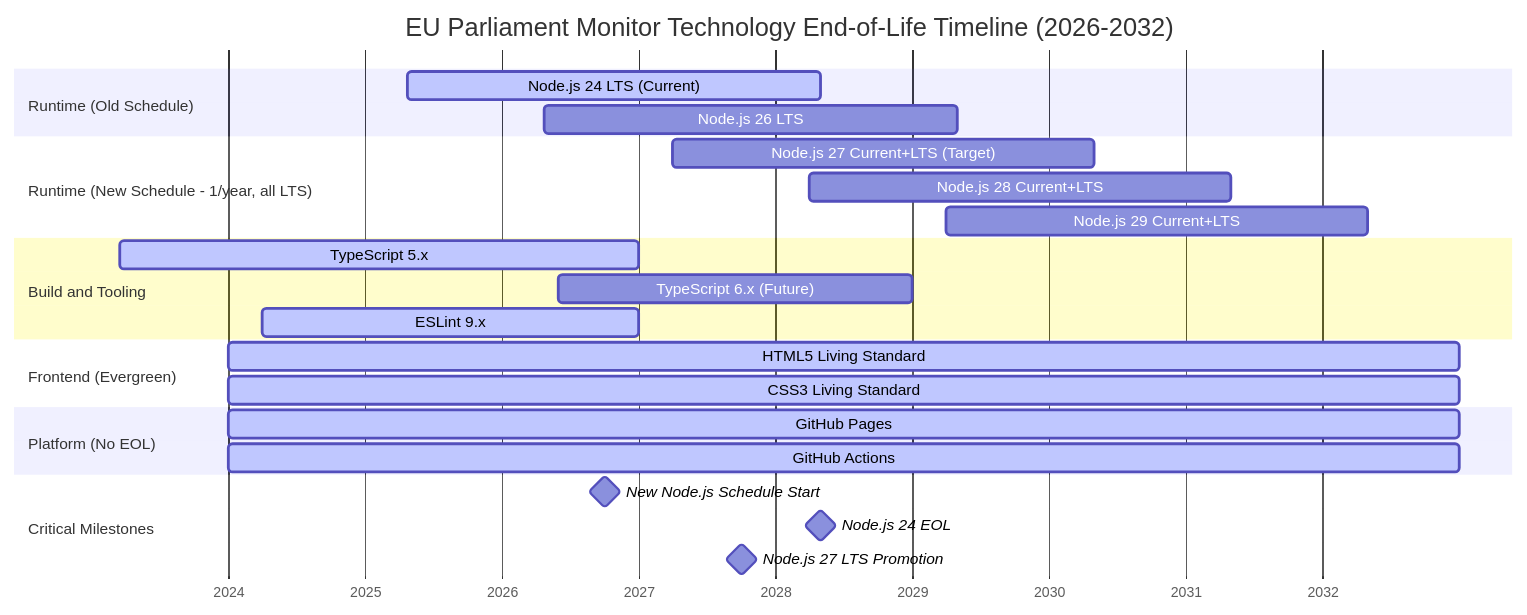
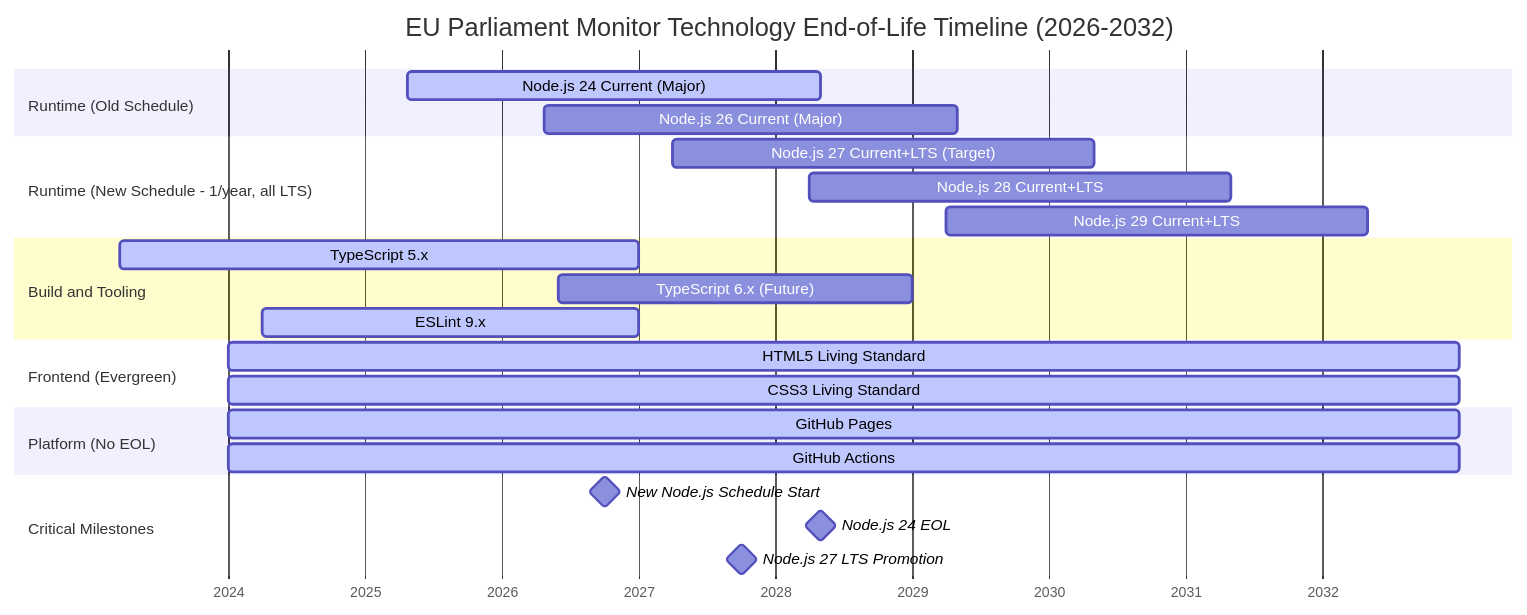
One commit to Hack23/euparliamentmonitor changed the fifth of 6 diagrams in End-of-Life-Strategy.md. Above: the diagram before and after it, drawn with Mermaid. The commit also changed other lines of this file and 1 other file, not shown here.

Commit message:
Apply review feedback round 13: remove remote branch delete from runbook, reword calendar-year naming as TSC-subject, relabel EOL Gantt bars as Current (Major)

````diff
--- a/End-of-Life-Strategy.md
+++ b/End-of-Life-Strategy.md
@@ -369,33 +369,33 @@
 ```mermaid
 gantt
     title EU Parliament Monitor Technology End-of-Life Timeline (2026-2032)
     dateFormat YYYY-MM-DD
     axisFormat %Y
 
     section Runtime (Old Schedule)
-    Node.js 24 LTS (Current)    :active, node24, 2025-04-22, 2028-04-30
-    Node.js 26 LTS              :node26, 2026-04-22, 2029-04-30
+    Node.js 24 Current (Major)  :active, node24, 2025-04-22, 2028-04-30
+    Node.js 26 Current (Major)  :node26, 2026-04-22, 2029-04-30
 
     section Runtime (New Schedule - 1/year, all LTS)
     Node.js 27 Current+LTS (Target) :node27, 2027-04-01, 2030-04-30
     Node.js 28 Current+LTS          :node28, 2028-04-01, 2031-04-30
     Node.js 29 Current+LTS          :node29, 2029-04-01, 2032-04-30
 
     section Build and Tooling
     TypeScript 5.x              :active, ts5, 2023-03-16, 2026-12-31
     TypeScript 6.x (Future)     :ts6, 2026-06-01, 2028-12-31
     ESLint 9.x                  :active, eslint9, 2024-04-01, 2026-12-31
 
     section Frontend (Evergreen)
     HTML5 Living Standard       :active, html5, 2024-01-01, 2032-12-31
     CSS3 Living Standard        :active, css3, 2024-01-01, 2032-12-31
 
     section Platform (No EOL)
     GitHub Pages                :active, ghpages, 2024-01-01, 2032-12-31
     GitHub Actions              :active, ghactions, 2024-01-01, 2032-12-31
 
     section Critical Milestones
     New Node.js Schedule Start  :milestone, newschedule, 2026-10-01, 0d
     Node.js 24 EOL              :milestone, node24eol, 2028-04-30, 0d
     Node.js 27 LTS Promotion    :milestone, node27lts, 2027-10-01, 0d
 ```
````
